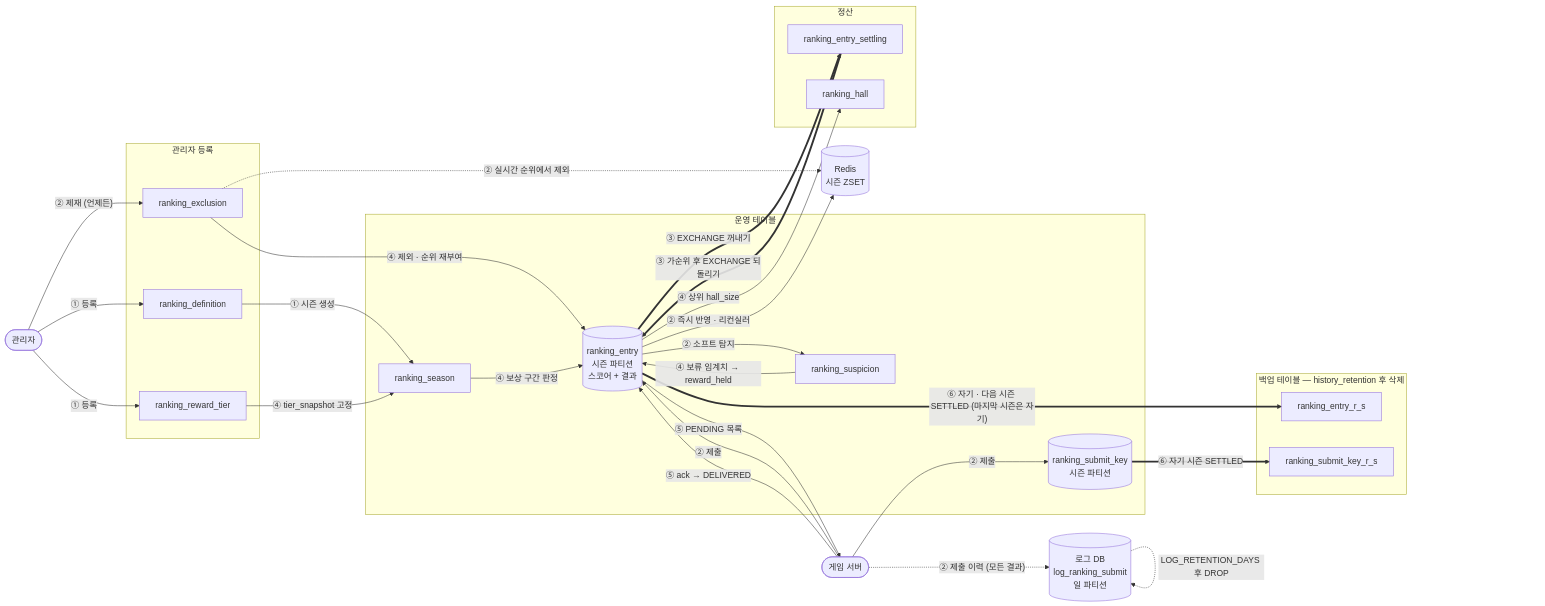
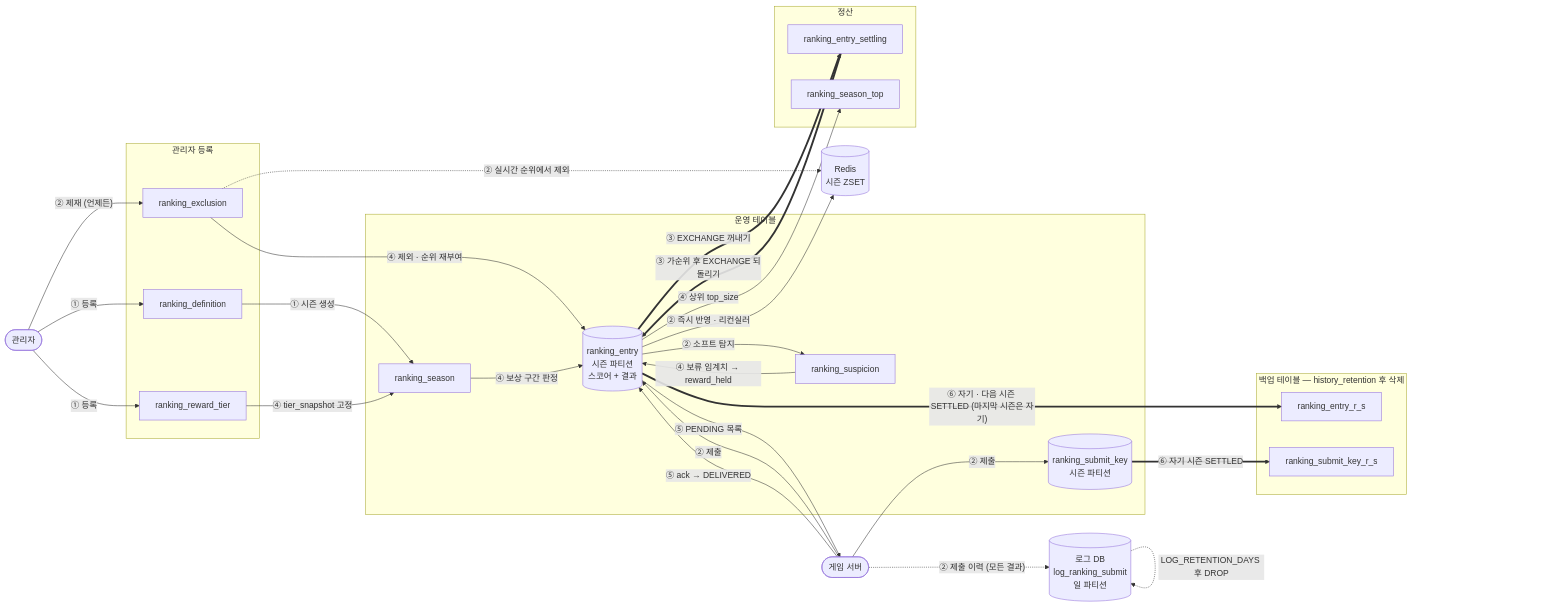
Before and after one commit to trisakion0500/podium-de: the fifth of 6 diagrams in docs/04_SCHEMA.md, drawn with Mermaid. The commit also changed other lines of this file and 13 other files, not shown here.

````diff
--- a/docs/04_SCHEMA.md
+++ b/docs/04_SCHEMA.md
@@ -242,52 +243,52 @@
 ```mermaid
 flowchart LR
     GM([관리자])
     GS([게임 서버])
 
     subgraph ADMIN[관리자 등록]
         DEF[ranking_definition]
         TIER[ranking_reward_tier]
         EXC[ranking_exclusion]
     end
 
     subgraph LIVE[운영 테이블]
         SEA[ranking_season]
         KEY[("ranking_submit_key<br/>시즌 파티션")]
         ENT[("ranking_entry<br/>시즌 파티션<br/>스코어 + 결과")]
         SUS[ranking_suspicion]
     end
 
     RD[("Redis<br/>시즌 ZSET")]
     SLOG[("로그 DB<br/>log_ranking_submit<br/>일 파티션")]
 
     subgraph RESULT[정산]
         STL[ranking_entry_settling]
-        HALL[ranking_hall]
+        HALL[ranking_season_top]
     end
 
     subgraph BACKUP[백업 테이블 — history_retention 후 삭제]
         EB[ranking_entry_r_s]
         KB[ranking_submit_key_r_s]
     end
 
     GM -- "① 등록" --> DEF & TIER
     DEF -- "① 시즌 생성" --> SEA
     GS -- "② 제출" --> KEY & ENT
     GS -. "② 제출 이력 (모든 결과)" .-> SLOG
     SLOG -. "LOG_RETENTION_DAYS 후 DROP" .-> SLOG
     ENT -- "② 즉시 반영 · 리컨실러" --> RD
     ENT -- "② 소프트 탐지" --> SUS
     GM -- "② 제재 (언제든)" --> EXC
     EXC -. "② 실시간 순위에서 제외" .-> RD
     ENT == "③ EXCHANGE 꺼내기" ==> STL
     STL == "③ 가순위 후 EXCHANGE 되돌리기" ==> ENT
     TIER -- "④ tier_snapshot 고정" --> SEA
     EXC -- "④ 제외 · 순위 재부여" --> ENT
     SEA -- "④ 보상 구간 판정" --> ENT
     SUS -- "④ 보류 임계치 → reward_held" --> ENT
-    ENT -- "④ 상위 hall_size" --> HALL
+    ENT -- "④ 상위 top_size" --> HALL
     ENT -- "⑤ PENDING 목록" --> GS
     GS -- "⑤ ack → DELIVERED" --> ENT
     KEY == "⑥ 자기 시즌 SETTLED" ==> KB
     ENT == "⑥ 자기 · 다음 시즌 SETTLED (마지막 시즌은 자기)" ==> EB
 ```
````
